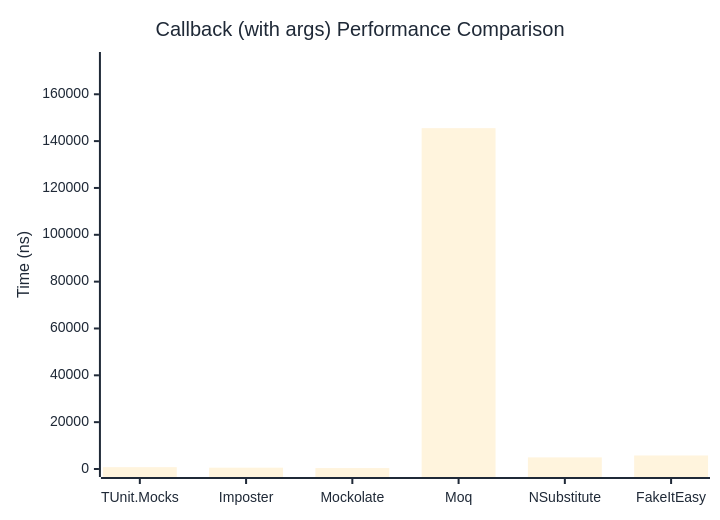
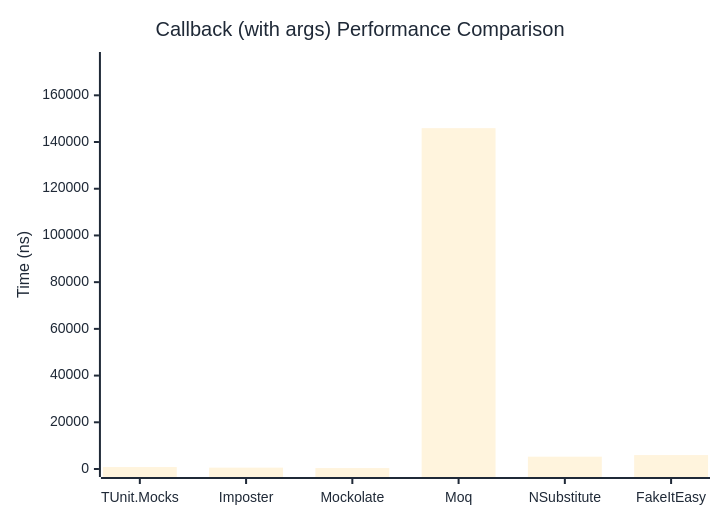
Before and after one commit to thomhurst/TUnit: the second of 2 diagrams in docs/docs/benchmarks/mocks/Callback.md, drawn with Mermaid. The commit also changed other lines of this file and 14 other files, not shown here.

````diff
--- a/docs/docs/benchmarks/mocks/Callback.md
+++ b/docs/docs/benchmarks/mocks/Callback.md
@@ -71,27 +71,27 @@
 ```mermaid
 %%{init: {
   'theme':'base',
   'themeVariables': {
     'primaryColor': '#2563eb',
     'primaryTextColor': '#1f2937',
     'primaryBorderColor': '#1e40af',
     'lineColor': '#6b7280',
     'secondaryColor': '#7c3aed',
     'tertiaryColor': '#dc2626',
     'background': '#ffffff',
     'pie1': '#2563eb',
     'pie2': '#7c3aed',
     'pie3': '#dc2626',
     'pie4': '#f59e0b',
     'pie5': '#10b981',
     'pie6': '#06b6d4',
     'pie7': '#ec4899',
     'pie8': '#6366f1'
   }
 }}%%
 xychart-beta
   title "Callback (with args) Performance Comparison"
   x-axis ["TUnit.Mocks", "Imposter", "Mockolate", "Moq", "NSubstitute", "FakeItEasy"]
-  y-axis "Time (ns)" 0 --> 174633
-  bar [789.6, 564.2, 392.6, 145527.5, 4960.2, 5776.2]
+  y-axis "Time (ns)" 0 --> 175121
+  bar [837.6, 582.3, 396.1, 145933.4, 5276.3, 5958.8]
 ```
````
